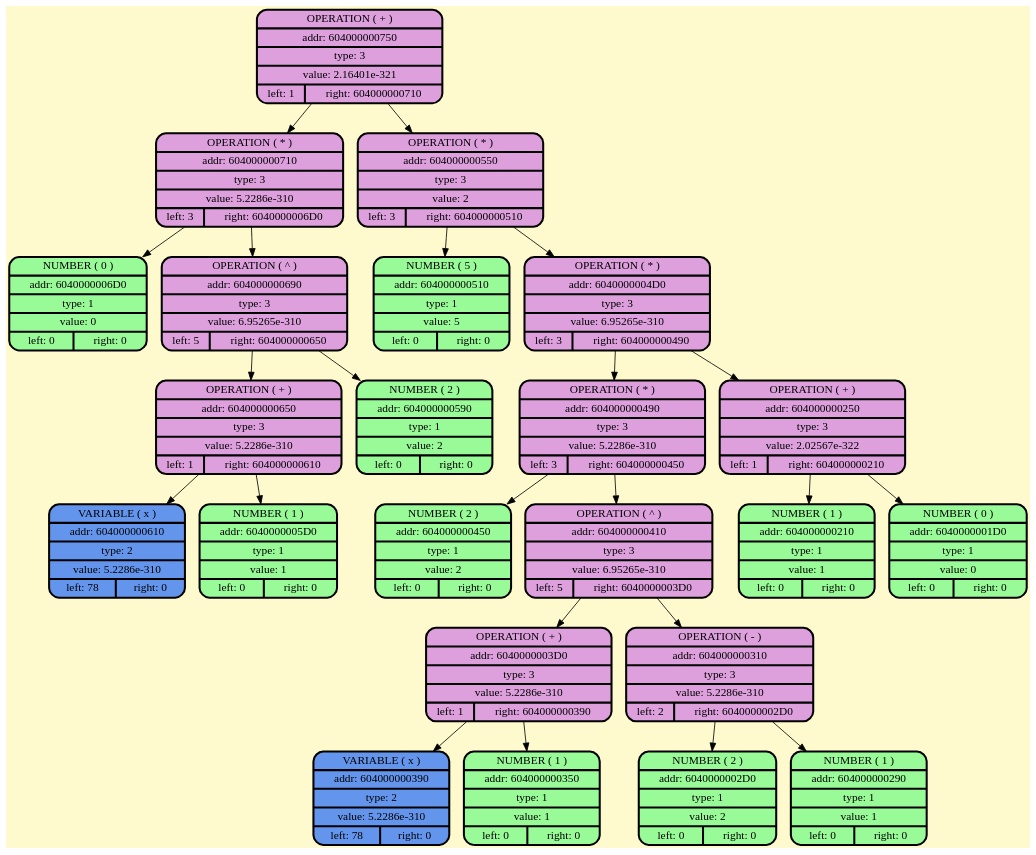
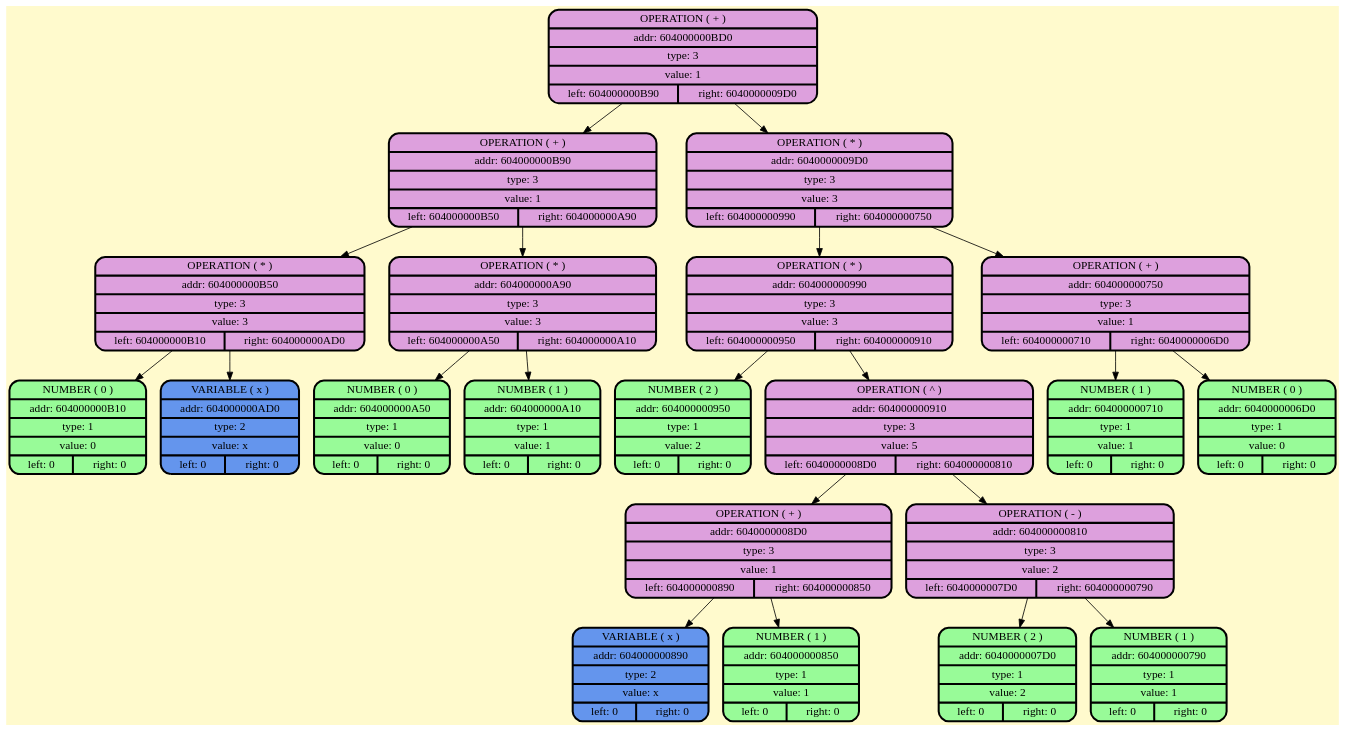
Before and after one commit to BulgakovDmitry/differentiator: the diagram in dump/deriv.gv, drawn with Graphviz. The commit also changed 32 other files, not shown here.

```diff
--- a/dump/deriv.gv
+++ b/dump/deriv.gv
@@ -1,50 +1,46 @@
 digraph G {
     node [style=filled, fontcolor=darkblue, fillcolor=peachpuff, color="#252A34", penwidth=2.5];
     bgcolor="lemonchiffon";
 
-node_0x604000000750 [shape=Mrecord; style = filled; fillcolor=plum; color = "#000000"; fontcolor = "#000000";label=" {OPERATION ( + ) | addr: 604000000750 | type: 3 | value: 2.16401e-321 | {left: 1 | right: 604000000710}} "];
-node_0x604000000710 [shape=Mrecord; style = filled; fillcolor=plum; color = "#000000"; fontcolor = "#000000";label=" {OPERATION ( * ) | addr: 604000000710 | type: 3 | value: 5.2286e-310 | {left: 3 | right: 6040000006D0}} "];
+node_0x604000000bd0 [shape=Mrecord; style = filled; fillcolor=plum; color = "#000000"; fontcolor = "#000000";label=" {OPERATION ( + ) | addr: 604000000BD0 | type: 3 | value: 1 | {left: 604000000B90 | right: 6040000009D0}} "];
+node_0x604000000b90 [shape=Mrecord; style = filled; fillcolor=plum; color = "#000000"; fontcolor = "#000000";label=" {OPERATION ( + ) | addr: 604000000B90 | type: 3 | value: 1 | {left: 604000000B50 | right: 604000000A90}} "];
+node_0x604000000b50 [shape=Mrecord; style = filled; fillcolor=plum; color = "#000000"; fontcolor = "#000000";label=" {OPERATION ( * ) | addr: 604000000B50 | type: 3 | value: 3 | {left: 604000000B10 | right: 604000000AD0}} "];
+    node_0x604000000b10 [shape=Mrecord; style = filled; fillcolor = palegreen; color = "#000000"; fontcolor = "#000000";  label="  {NUMBER ( 0 )| addr: 604000000B10 | type: 1| value: 0 | {left: 0 | right: 0}} "];
+    node_0x604000000ad0 [shape=Mrecord; style = filled; fillcolor = cornflowerblue; color = "#000000"; fontcolor = "#000000";  label="  {VARIABLE ( x )| addr: 604000000AD0 | type: 2| value: x | {left: 0 | right: 0}} "];
+node_0x604000000a90 [shape=Mrecord; style = filled; fillcolor=plum; color = "#000000"; fontcolor = "#000000";label=" {OPERATION ( * ) | addr: 604000000A90 | type: 3 | value: 3 | {left: 604000000A50 | right: 604000000A10}} "];
+    node_0x604000000a50 [shape=Mrecord; style = filled; fillcolor = palegreen; color = "#000000"; fontcolor = "#000000";  label="  {NUMBER ( 0 )| addr: 604000000A50 | type: 1| value: 0 | {left: 0 | right: 0}} "];
+    node_0x604000000a10 [shape=Mrecord; style = filled; fillcolor = palegreen; color = "#000000"; fontcolor = "#000000";  label="  {NUMBER ( 1 )| addr: 604000000A10 | type: 1| value: 1 | {left: 0 | right: 0}} "];
+node_0x6040000009d0 [shape=Mrecord; style = filled; fillcolor=plum; color = "#000000"; fontcolor = "#000000";label=" {OPERATION ( * ) | addr: 6040000009D0 | type: 3 | value: 3 | {left: 604000000990 | right: 604000000750}} "];
+node_0x604000000990 [shape=Mrecord; style = filled; fillcolor=plum; color = "#000000"; fontcolor = "#000000";label=" {OPERATION ( * ) | addr: 604000000990 | type: 3 | value: 3 | {left: 604000000950 | right: 604000000910}} "];
+    node_0x604000000950 [shape=Mrecord; style = filled; fillcolor = palegreen; color = "#000000"; fontcolor = "#000000";  label="  {NUMBER ( 2 )| addr: 604000000950 | type: 1| value: 2 | {left: 0 | right: 0}} "];
+node_0x604000000910 [shape=Mrecord; style = filled; fillcolor=plum; color = "#000000"; fontcolor = "#000000";label=" {OPERATION ( ^ ) | addr: 604000000910 | type: 3 | value: 5 | {left: 6040000008D0 | right: 604000000810}} "];
+node_0x6040000008d0 [shape=Mrecord; style = filled; fillcolor=plum; color = "#000000"; fontcolor = "#000000";label=" {OPERATION ( + ) | addr: 6040000008D0 | type: 3 | value: 1 | {left: 604000000890 | right: 604000000850}} "];
+    node_0x604000000890 [shape=Mrecord; style = filled; fillcolor = cornflowerblue; color = "#000000"; fontcolor = "#000000";  label="  {VARIABLE ( x )| addr: 604000000890 | type: 2| value: x | {left: 0 | right: 0}} "];
+    node_0x604000000850 [shape=Mrecord; style = filled; fillcolor = palegreen; color = "#000000"; fontcolor = "#000000";  label="  {NUMBER ( 1 )| addr: 604000000850 | type: 1| value: 1 | {left: 0 | right: 0}} "];
+node_0x604000000810 [shape=Mrecord; style = filled; fillcolor=plum; color = "#000000"; fontcolor = "#000000";label=" {OPERATION ( - ) | addr: 604000000810 | type: 3 | value: 2 | {left: 6040000007D0 | right: 604000000790}} "];
+    node_0x6040000007d0 [shape=Mrecord; style = filled; fillcolor = palegreen; color = "#000000"; fontcolor = "#000000";  label="  {NUMBER ( 2 )| addr: 6040000007D0 | type: 1| value: 2 | {left: 0 | right: 0}} "];
+    node_0x604000000790 [shape=Mrecord; style = filled; fillcolor = palegreen; color = "#000000"; fontcolor = "#000000";  label="  {NUMBER ( 1 )| addr: 604000000790 | type: 1| value: 1 | {left: 0 | right: 0}} "];
+node_0x604000000750 [shape=Mrecord; style = filled; fillcolor=plum; color = "#000000"; fontcolor = "#000000";label=" {OPERATION ( + ) | addr: 604000000750 | type: 3 | value: 1 | {left: 604000000710 | right: 6040000006D0}} "];
+    node_0x604000000710 [shape=Mrecord; style = filled; fillcolor = palegreen; color = "#000000"; fontcolor = "#000000";  label="  {NUMBER ( 1 )| addr: 604000000710 | type: 1| value: 1 | {left: 0 | right: 0}} "];
     node_0x6040000006d0 [shape=Mrecord; style = filled; fillcolor = palegreen; color = "#000000"; fontcolor = "#000000";  label="  {NUMBER ( 0 )| addr: 6040000006D0 | type: 1| value: 0 | {left: 0 | right: 0}} "];
-node_0x604000000690 [shape=Mrecord; style = filled; fillcolor=plum; color = "#000000"; fontcolor = "#000000";label=" {OPERATION ( ^ ) | addr: 604000000690 | type: 3 | value: 6.95265e-310 | {left: 5 | right: 604000000650}} "];
-node_0x604000000650 [shape=Mrecord; style = filled; fillcolor=plum; color = "#000000"; fontcolor = "#000000";label=" {OPERATION ( + ) | addr: 604000000650 | type: 3 | value: 5.2286e-310 | {left: 1 | right: 604000000610}} "];
-    node_0x604000000610 [shape=Mrecord; style = filled; fillcolor = cornflowerblue; color = "#000000"; fontcolor = "#000000";  label="  {VARIABLE ( x )| addr: 604000000610 | type: 2| value: 5.2286e-310 | {left: 78 | right: 0}} "];
-    node_0x6040000005d0 [shape=Mrecord; style = filled; fillcolor = palegreen; color = "#000000"; fontcolor = "#000000";  label="  {NUMBER ( 1 )| addr: 6040000005D0 | type: 1| value: 1 | {left: 0 | right: 0}} "];
-    node_0x604000000590 [shape=Mrecord; style = filled; fillcolor = palegreen; color = "#000000"; fontcolor = "#000000";  label="  {NUMBER ( 2 )| addr: 604000000590 | type: 1| value: 2 | {left: 0 | right: 0}} "];
-node_0x604000000550 [shape=Mrecord; style = filled; fillcolor=plum; color = "#000000"; fontcolor = "#000000";label=" {OPERATION ( * ) | addr: 604000000550 | type: 3 | value: 2 | {left: 3 | right: 604000000510}} "];
-    node_0x604000000510 [shape=Mrecord; style = filled; fillcolor = palegreen; color = "#000000"; fontcolor = "#000000";  label="  {NUMBER ( 5 )| addr: 604000000510 | type: 1| value: 5 | {left: 0 | right: 0}} "];
-node_0x6040000004d0 [shape=Mrecord; style = filled; fillcolor=plum; color = "#000000"; fontcolor = "#000000";label=" {OPERATION ( * ) | addr: 6040000004D0 | type: 3 | value: 6.95265e-310 | {left: 3 | right: 604000000490}} "];
-node_0x604000000490 [shape=Mrecord; style = filled; fillcolor=plum; color = "#000000"; fontcolor = "#000000";label=" {OPERATION ( * ) | addr: 604000000490 | type: 3 | value: 5.2286e-310 | {left: 3 | right: 604000000450}} "];
-    node_0x604000000450 [shape=Mrecord; style = filled; fillcolor = palegreen; color = "#000000"; fontcolor = "#000000";  label="  {NUMBER ( 2 )| addr: 604000000450 | type: 1| value: 2 | {left: 0 | right: 0}} "];
-node_0x604000000410 [shape=Mrecord; style = filled; fillcolor=plum; color = "#000000"; fontcolor = "#000000";label=" {OPERATION ( ^ ) | addr: 604000000410 | type: 3 | value: 6.95265e-310 | {left: 5 | right: 6040000003D0}} "];
-node_0x6040000003d0 [shape=Mrecord; style = filled; fillcolor=plum; color = "#000000"; fontcolor = "#000000";label=" {OPERATION ( + ) | addr: 6040000003D0 | type: 3 | value: 5.2286e-310 | {left: 1 | right: 604000000390}} "];
-    node_0x604000000390 [shape=Mrecord; style = filled; fillcolor = cornflowerblue; color = "#000000"; fontcolor = "#000000";  label="  {VARIABLE ( x )| addr: 604000000390 | type: 2| value: 5.2286e-310 | {left: 78 | right: 0}} "];
-    node_0x604000000350 [shape=Mrecord; style = filled; fillcolor = palegreen; color = "#000000"; fontcolor = "#000000";  label="  {NUMBER ( 1 )| addr: 604000000350 | type: 1| value: 1 | {left: 0 | right: 0}} "];
-node_0x604000000310 [shape=Mrecord; style = filled; fillcolor=plum; color = "#000000"; fontcolor = "#000000";label=" {OPERATION ( - ) | addr: 604000000310 | type: 3 | value: 5.2286e-310 | {left: 2 | right: 6040000002D0}} "];
-    node_0x6040000002d0 [shape=Mrecord; style = filled; fillcolor = palegreen; color = "#000000"; fontcolor = "#000000";  label="  {NUMBER ( 2 )| addr: 6040000002D0 | type: 1| value: 2 | {left: 0 | right: 0}} "];
-    node_0x604000000290 [shape=Mrecord; style = filled; fillcolor = palegreen; color = "#000000"; fontcolor = "#000000";  label="  {NUMBER ( 1 )| addr: 604000000290 | type: 1| value: 1 | {left: 0 | right: 0}} "];
-node_0x604000000250 [shape=Mrecord; style = filled; fillcolor=plum; color = "#000000"; fontcolor = "#000000";label=" {OPERATION ( + ) | addr: 604000000250 | type: 3 | value: 2.02567e-322 | {left: 1 | right: 604000000210}} "];
-    node_0x604000000210 [shape=Mrecord; style = filled; fillcolor = palegreen; color = "#000000"; fontcolor = "#000000";  label="  {NUMBER ( 1 )| addr: 604000000210 | type: 1| value: 1 | {left: 0 | right: 0}} "];
-    node_0x6040000001d0 [shape=Mrecord; style = filled; fillcolor = palegreen; color = "#000000"; fontcolor = "#000000";  label="  {NUMBER ( 0 )| addr: 6040000001D0 | type: 1| value: 0 | {left: 0 | right: 0}} "];
+    node_0x604000000bd0 -> node_0x604000000b90;
+    node_0x604000000b90 -> node_0x604000000b50;
+    node_0x604000000b50 -> node_0x604000000b10;
+    node_0x604000000b50 -> node_0x604000000ad0;
+    node_0x604000000b90 -> node_0x604000000a90;
+    node_0x604000000a90 -> node_0x604000000a50;
+    node_0x604000000a90 -> node_0x604000000a10;
+    node_0x604000000bd0 -> node_0x6040000009d0;
+    node_0x6040000009d0 -> node_0x604000000990;
+    node_0x604000000990 -> node_0x604000000950;
+    node_0x604000000990 -> node_0x604000000910;
+    node_0x604000000910 -> node_0x6040000008d0;
+    node_0x6040000008d0 -> node_0x604000000890;
+    node_0x6040000008d0 -> node_0x604000000850;
+    node_0x604000000910 -> node_0x604000000810;
+    node_0x604000000810 -> node_0x6040000007d0;
+    node_0x604000000810 -> node_0x604000000790;
+    node_0x6040000009d0 -> node_0x604000000750;
     node_0x604000000750 -> node_0x604000000710;
-    node_0x604000000710 -> node_0x6040000006d0;
-    node_0x604000000710 -> node_0x604000000690;
-    node_0x604000000690 -> node_0x604000000650;
-    node_0x604000000650 -> node_0x604000000610;
-    node_0x604000000650 -> node_0x6040000005d0;
-    node_0x604000000690 -> node_0x604000000590;
-    node_0x604000000750 -> node_0x604000000550;
-    node_0x604000000550 -> node_0x604000000510;
-    node_0x604000000550 -> node_0x6040000004d0;
-    node_0x6040000004d0 -> node_0x604000000490;
-    node_0x604000000490 -> node_0x604000000450;
-    node_0x604000000490 -> node_0x604000000410;
-    node_0x604000000410 -> node_0x6040000003d0;
-    node_0x6040000003d0 -> node_0x604000000390;
-    node_0x6040000003d0 -> node_0x604000000350;
-    node_0x604000000410 -> node_0x604000000310;
-    node_0x604000000310 -> node_0x6040000002d0;
-    node_0x604000000310 -> node_0x604000000290;
-    node_0x6040000004d0 -> node_0x604000000250;
-    node_0x604000000250 -> node_0x604000000210;
-    node_0x604000000250 -> node_0x6040000001d0;
+    node_0x604000000750 -> node_0x6040000006d0;
 }
```
